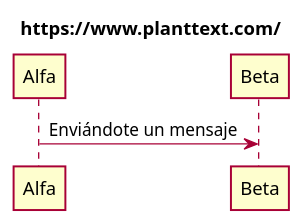
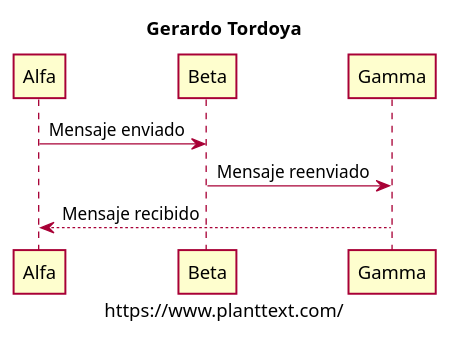
One commit to zherar7ordoya/AP5 changed the diagram in (House)/PlantUML/Samples.puml. Above: the diagram before and after it, drawn with PlantUML. The commit also changed 6 other files, not shown here.

```diff
--- a/(House)/PlantUML/Samples.puml
+++ b/(House)/PlantUML/Samples.puml
@@ -1,11 +1,16 @@
 @startuml Samples
-    skin rose
-    skinparam classFontName Calibri
-    skinparam shadowing false
+skin rose
+skinparam classFontName Calibri
+skinparam shadowing false
 
-    title https://www.planttext.com/
-'====================================
+title Gerardo Tordoya
 
-Alfa -> Beta: Enviándote un mensaje
+'========= 2022-09-01 =========
+
+Alfa -> Beta: Mensaje enviado
+Beta -> Gamma: Mensaje reenviado
+Gamma --> Alfa: Mensaje recibido
+
+caption https://www.planttext.com/
 
 @enduml
```
